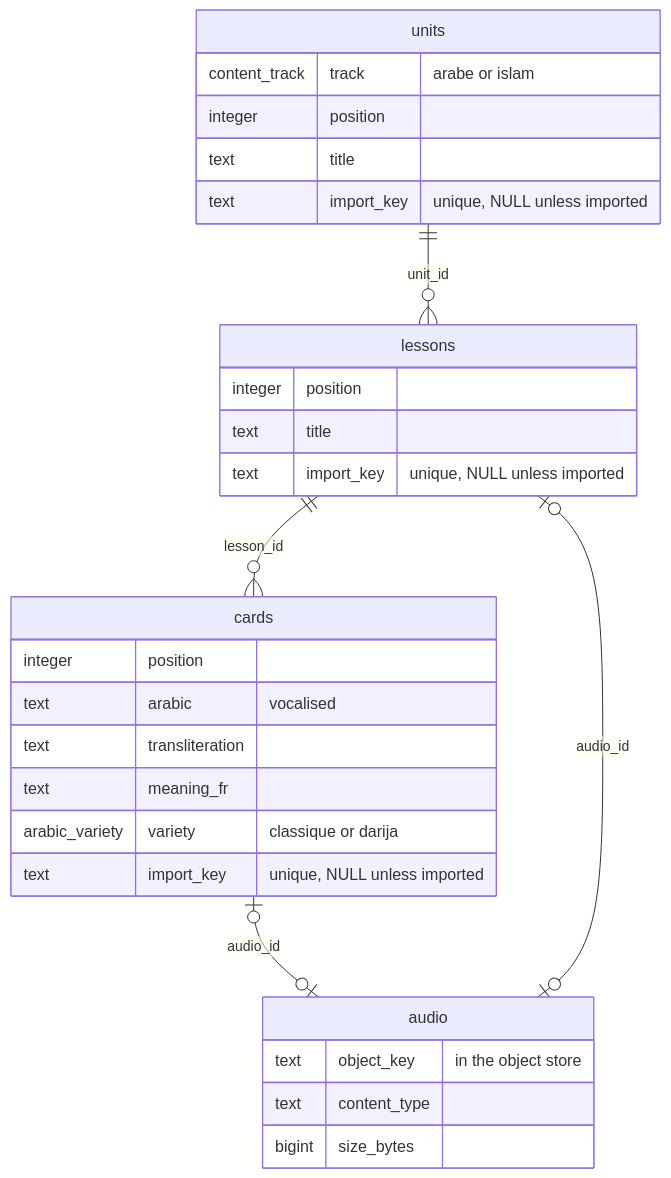
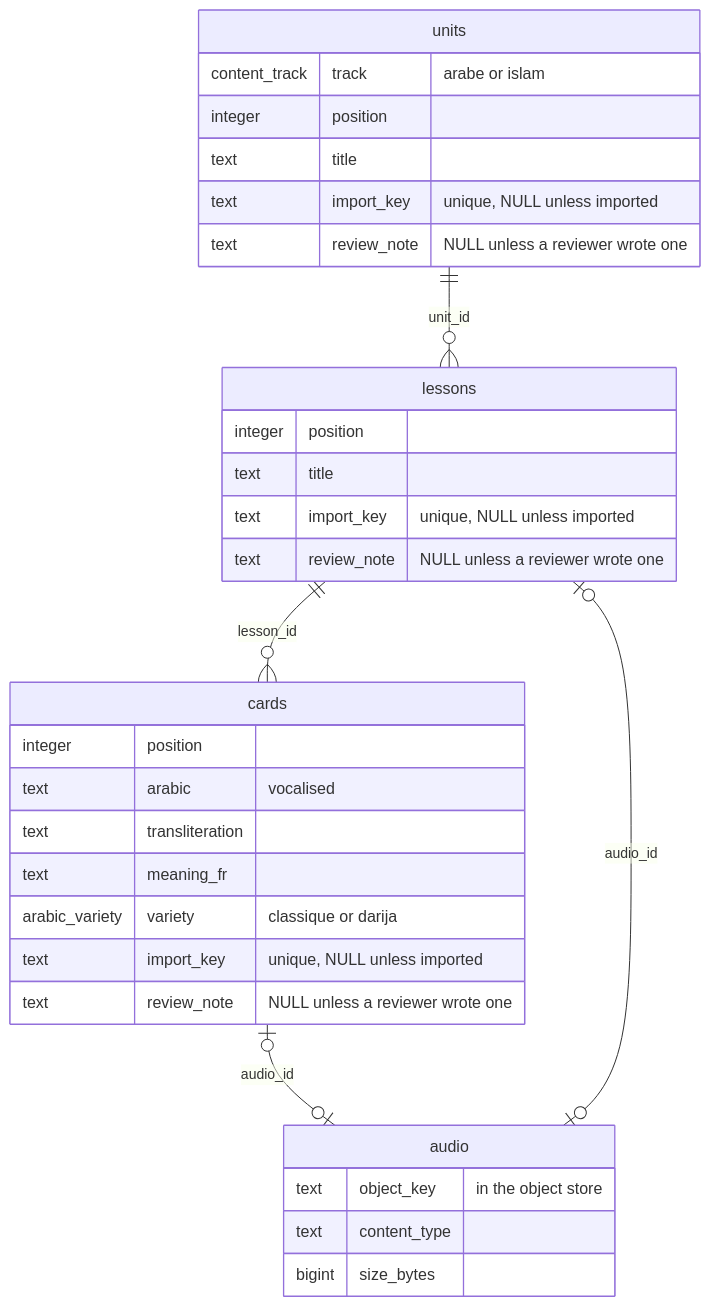
The second of 7 diagrams in ARCHITECTURE.md (therealm-tech/convertisseur), drawn with Mermaid before and after one commit. The commit also changed other lines of this file and 54 other files, not shown here.

````diff
--- a/ARCHITECTURE.md
+++ b/ARCHITECTURE.md
@@ -138,31 +137,34 @@
 ```mermaid
 erDiagram
     units ||--o{ lessons : "unit_id"
     lessons ||--o{ cards : "lesson_id"
     cards |o--o| audio : "audio_id"
     lessons |o--o| audio : "audio_id"
     units {
         content_track track "arabe or islam"
         integer position
         text title
         text import_key "unique, NULL unless imported"
+        text review_note "NULL unless a reviewer wrote one"
     }
     lessons {
         integer position
         text title
         text import_key "unique, NULL unless imported"
+        text review_note "NULL unless a reviewer wrote one"
     }
     cards {
         integer position
         text arabic "vocalised"
         text transliteration
         text meaning_fr
         arabic_variety variety "classique or darija"
         text import_key "unique, NULL unless imported"
+        text review_note "NULL unless a reviewer wrote one"
     }
     audio {
         text object_key "in the object store"
         text content_type
         bigint size_bytes
     }
 ```
````
